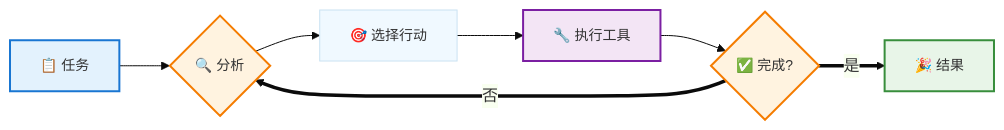
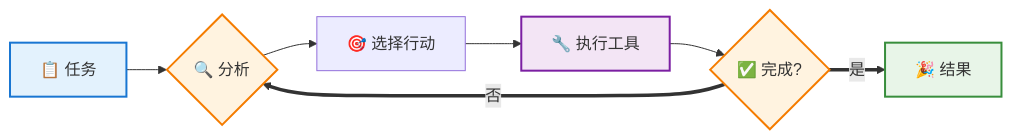
One commit to yxzf/claude-code-guide changed the first of 8 diagrams in agent/AI_Agent_完整入门指南.md. Above: the diagram before and after it, drawn with Mermaid. The commit also changed other lines of this file, not shown here.

First line of the commit message:
正确调整图表尺寸大小

````diff
--- a/agent/AI_Agent_完整入门指南.md
+++ b/agent/AI_Agent_完整入门指南.md
@@ -27,18 +27,16 @@
 ```mermaid
-%%{init: {'theme':'base', 'themeVariables': {'primaryColor':'#f0f9ff'}}}%%
+%%{init: {'flowchart': {'nodeSpacing': 30, 'rankSpacing': 40}}}%%
 flowchart LR
     A[📋 任务] --> B{🔍 分析}
     B --> C[🎯 选择行动]
     C --> D[🔧 执行工具]
     D --> E{✅ 完成?}
     E ==>|否| B
     E ==>|是| F[🎉 结果]
     
     style A fill:#e3f2fd,stroke:#1976d2,stroke-width:2px
     style F fill:#e8f5e8,stroke:#388e3c,stroke-width:2px
     style E fill:#fff3e0,stroke:#f57c00,stroke-width:2px
     style B fill:#fff3e0,stroke:#f57c00,stroke-width:2px
     style D fill:#f3e5f5,stroke:#7b1fa2,stroke-width:2px
-    
-    classDef default font-size:14px
 ```
````
